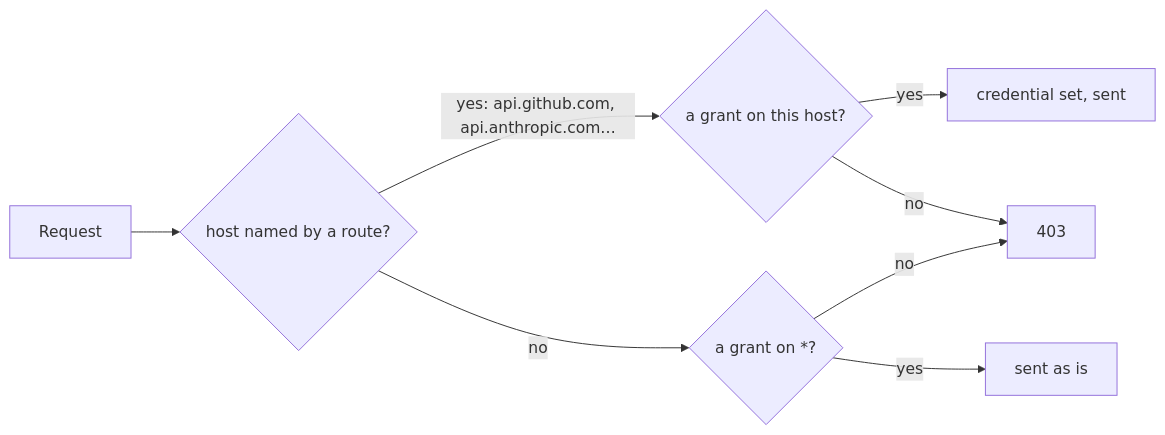
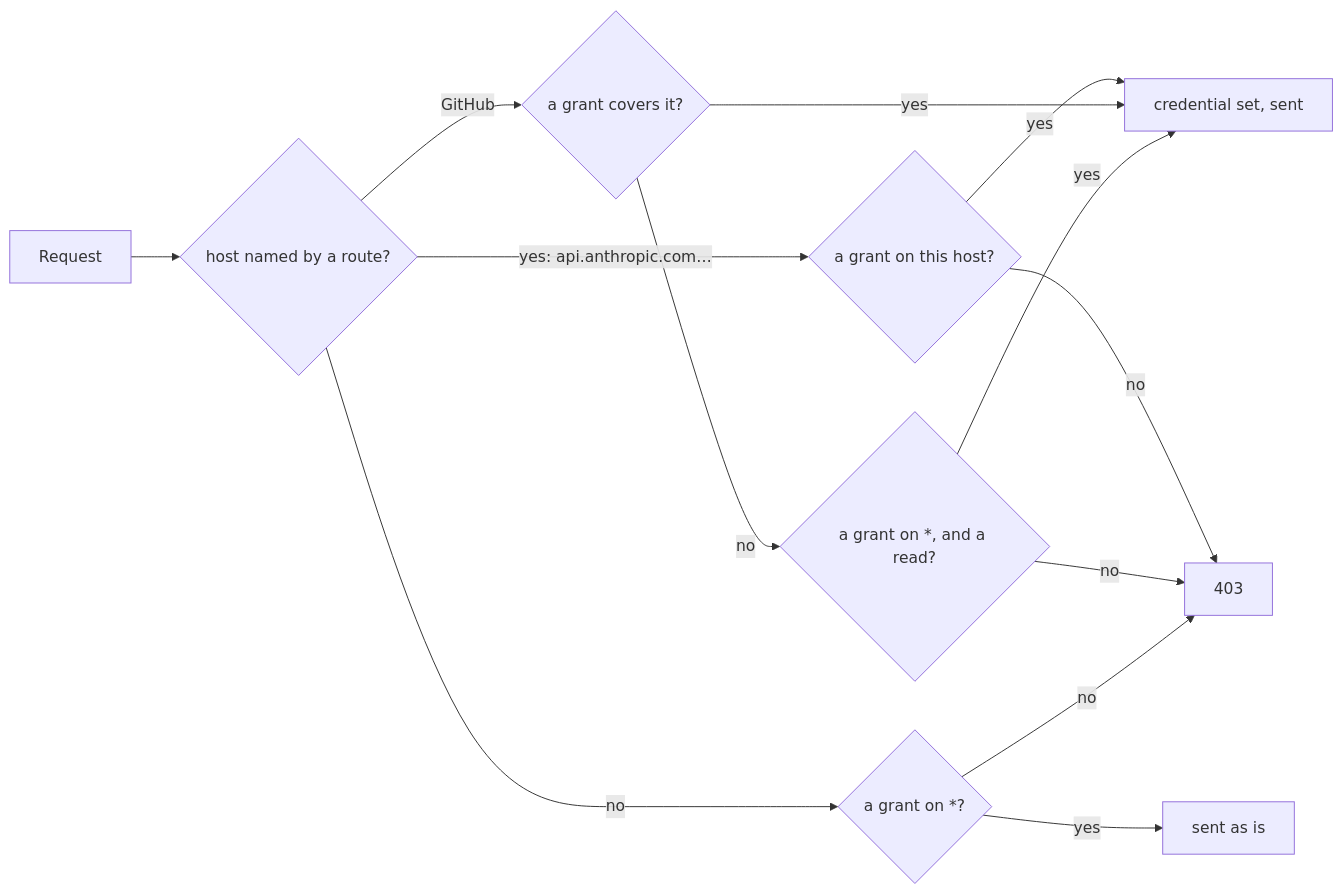
The third of 4 diagrams in docs/architecture/credentials.md (arnaultbretagne/agora), drawn with Mermaid before and after one commit. The commit also changed other lines of this file and 7 other files, not shown here.

First line of the commit message:
docs(credentials): GitHub reads as the public sees it with the Internet

````diff
--- a/docs/architecture/credentials.md
+++ b/docs/architecture/credentials.md
@@ -137,10 +145,15 @@
 ```mermaid
 flowchart LR
     Request --> Named{host named by a route?}
-    Named -- "yes: api.github.com, api.anthropic.com…" --> Grant{a grant on this host?}
+    Named -- "yes: api.anthropic.com…" --> Grant{a grant on this host?}
     Grant -- yes --> Credential[credential set, sent]
     Grant -- no --> Refused[403]
+    Named -- "GitHub" --> Covered{a grant covers it?}
+    Covered -- yes --> Credential
+    Covered -- no --> Read{a grant on *, and a read?}
+    Read -- yes --> Credential
+    Read -- no --> Refused
     Named -- no --> Star{a grant on *?}
     Star -- yes --> Sent[sent as is]
     Star -- no --> Refused
 ```
````
